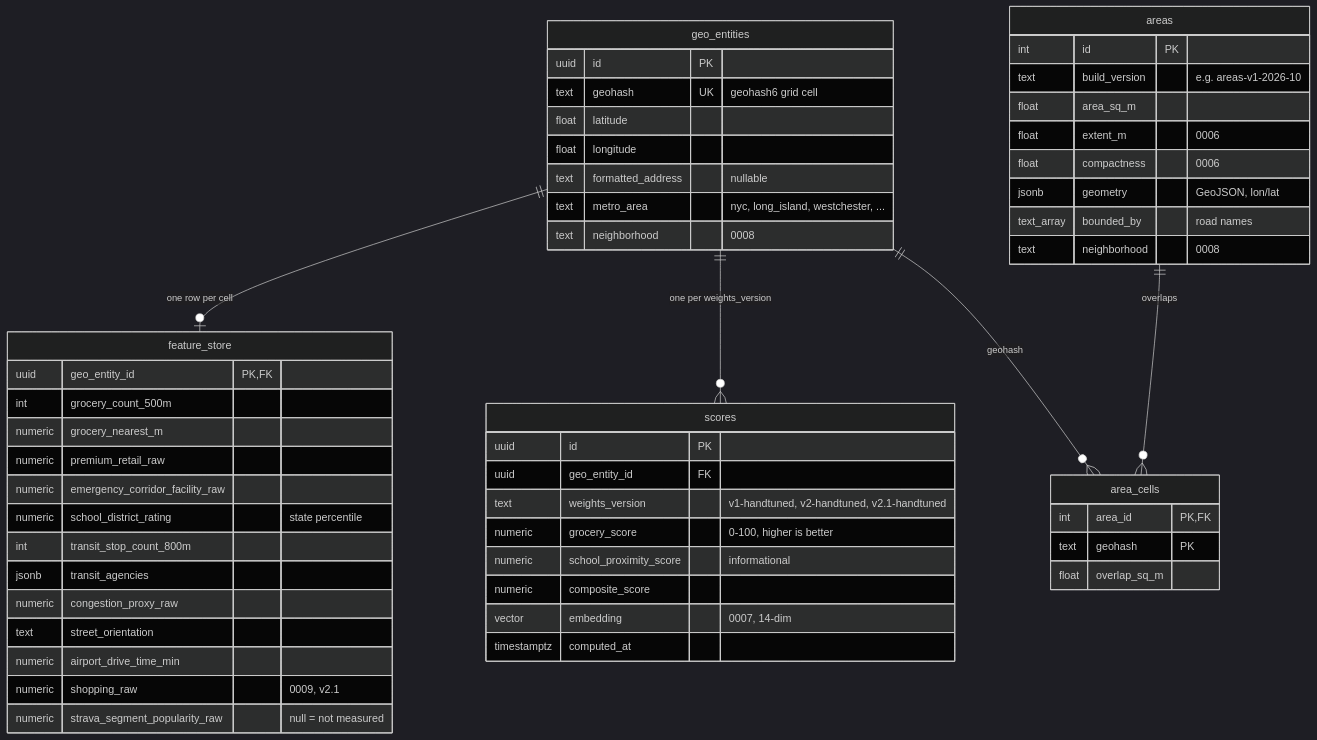
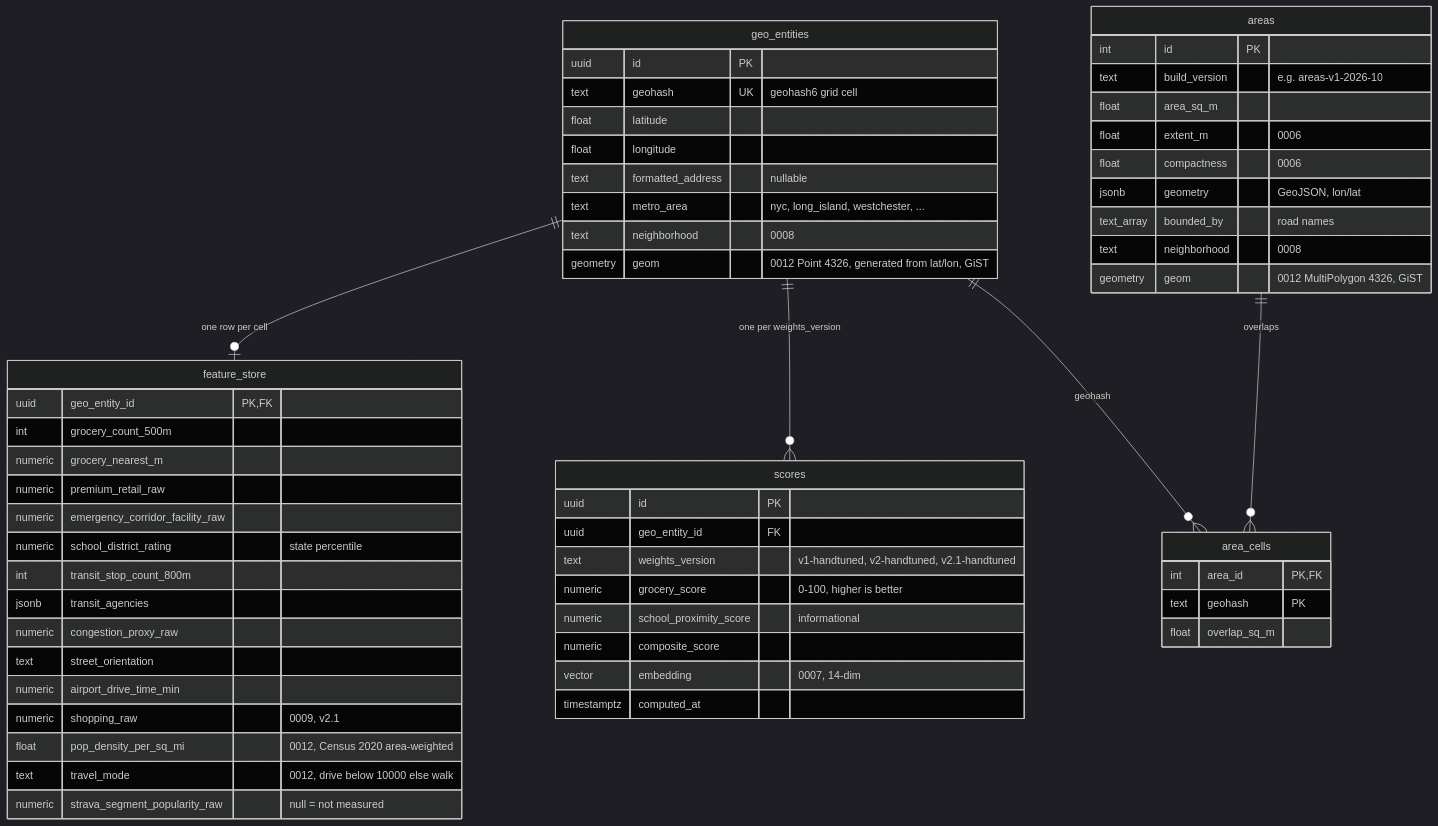
The third of 4 diagrams in docs/ARCHITECTURE.md (prajeshgpat/BenriSpace), drawn with Mermaid (dark theme) before and after one commit. The commit also changed other lines of this file and 77 other files, not shown here.

````diff
--- a/docs/ARCHITECTURE.md
+++ b/docs/ARCHITECTURE.md
@@ -205,57 +205,61 @@
 ```mermaid
 erDiagram
   geo_entities ||--o| feature_store : "one row per cell"
   geo_entities ||--o{ scores : "one per weights_version"
   areas ||--o{ area_cells : "overlaps"
   geo_entities ||--o{ area_cells : "geohash"
 
   geo_entities {
     uuid id PK
     text geohash UK "geohash6 grid cell"
     float latitude
     float longitude
     text formatted_address "nullable"
     text metro_area "nyc, long_island, westchester, ..."
     text neighborhood "0008"
+    geometry geom "0012 Point 4326, generated from lat/lon, GiST"
   }
   feature_store {
     uuid geo_entity_id PK, FK
     int grocery_count_500m
     numeric grocery_nearest_m
     numeric premium_retail_raw
     numeric emergency_corridor_facility_raw
     numeric school_district_rating "state percentile"
     int transit_stop_count_800m
     jsonb transit_agencies
     numeric congestion_proxy_raw
     text street_orientation
     numeric airport_drive_time_min
     numeric shopping_raw "0009, v2.1"
+    float pop_density_per_sq_mi "0012, Census 2020 area-weighted"
+    text travel_mode "0012, drive below 10000 else walk"
     numeric strava_segment_popularity_raw "null = not measured"
   }
   scores {
     uuid id PK
     uuid geo_entity_id FK
     text weights_version "v1-handtuned, v2-handtuned, v2.1-handtuned"
     numeric grocery_score "0-100, higher is better"
     numeric school_proximity_score "informational"
     numeric composite_score
     vector embedding "0007, 14-dim"
     timestamptz computed_at
   }
   areas {
     int id PK
     text build_version "e.g. areas-v1-2026-10"
     float area_sq_m
     float extent_m "0006"
     float compactness "0006"
     jsonb geometry "GeoJSON, lon/lat"
     text_array bounded_by "road names"
     text neighborhood "0008"
+    geometry geom "0012 MultiPolygon 4326, GiST"
   }
   area_cells {
     int area_id PK, FK
     text geohash PK
     float overlap_sq_m
   }
 ```
````
